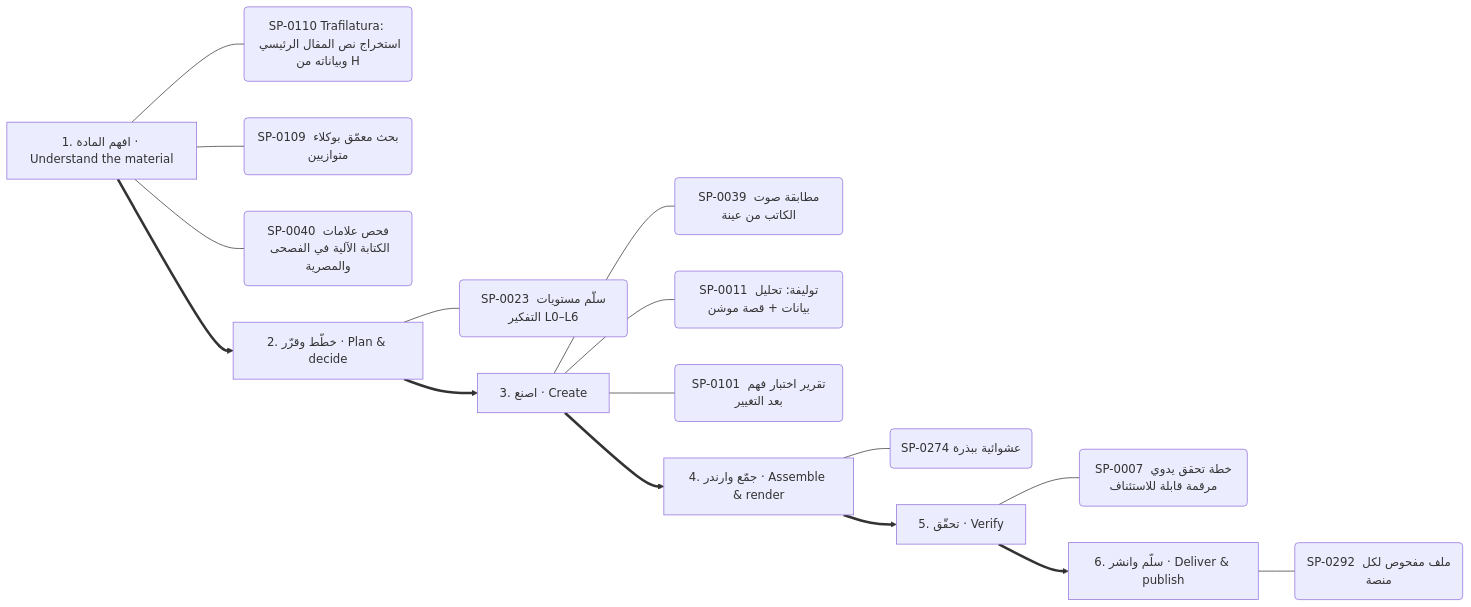
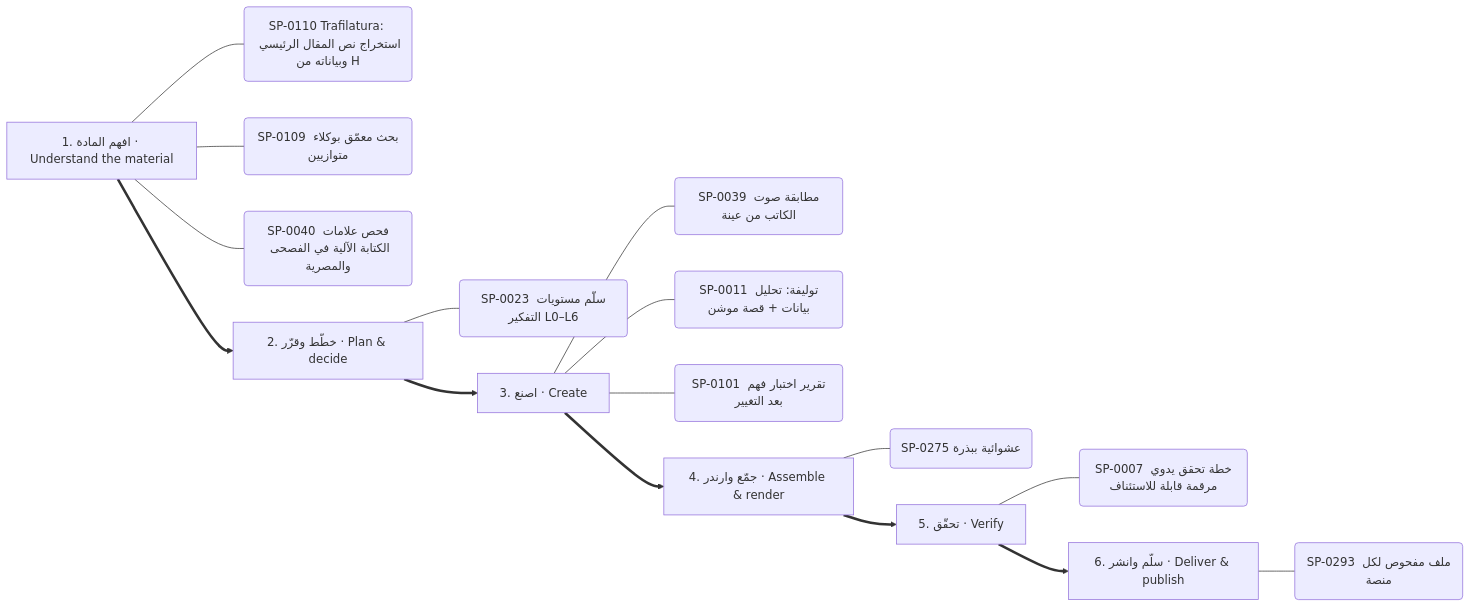
Before and after one commit to kosif199022-jpg/kosif-tool: diagram 13 of 13 in .claude/skills/kosif-superpowers/references/capability-mindmap.md, drawn with Mermaid. The commit also changed other lines of this file and 65 other files, not shown here.

````diff
--- a/.claude/skills/kosif-superpowers/references/capability-mindmap.md
+++ b/.claude/skills/kosif-superpowers/references/capability-mindmap.md
@@ -643,24 +643,24 @@
 ```mermaid
 flowchart LR
   S0["1. افهم المادة · Understand the material"]
   S0 --- S0_0("SP-0110 Trafilatura: استخراج نص المقال الرئيسي وبياناته من H")
   S0 --- S0_1("SP-0109 بحث معمّق بوكلاء متوازيين")
   S0 --- S0_2("SP-0040 فحص علامات الكتابة الآلية في الفصحى والمصرية")
   S1["2. خطّط وقرّر · Plan & decide"]
   S1 --- S1_0("SP-0023 سلّم مستويات التفكير L0–L6")
   S0 ==> S1
   S2["3. اصنع · Create"]
   S2 --- S2_0("SP-0039 مطابقة صوت الكاتب من عينة")
   S2 --- S2_1("SP-0011 توليفة: تحليل بيانات + قصة موشن")
   S2 --- S2_2("SP-0101 تقرير اختبار فهم بعد التغيير")
   S1 ==> S2
   S3["4. جمّع وارندر · Assemble & render"]
-  S3 --- S3_0("SP-0274 عشوائية ببذرة")
+  S3 --- S3_0("SP-0275 عشوائية ببذرة")
   S2 ==> S3
   S4["5. تحقّق · Verify"]
   S4 --- S4_0("SP-0007 خطة تحقق يدوي مرقمة قابلة للاستئناف")
   S3 ==> S4
   S5["6. سلّم وانشر · Deliver & publish"]
-  S5 --- S5_0("SP-0292 ملف مفحوص لكل منصة")
+  S5 --- S5_0("SP-0293 ملف مفحوص لكل منصة")
   S4 ==> S5
 ```
````
